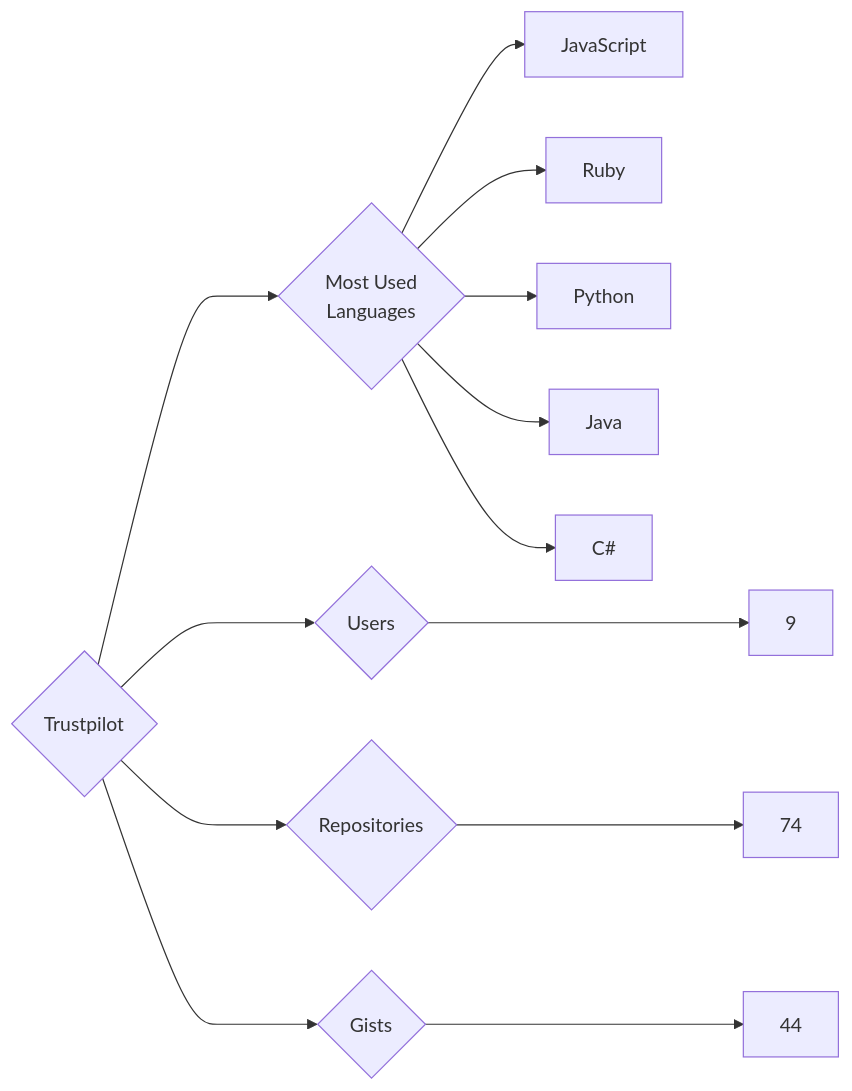
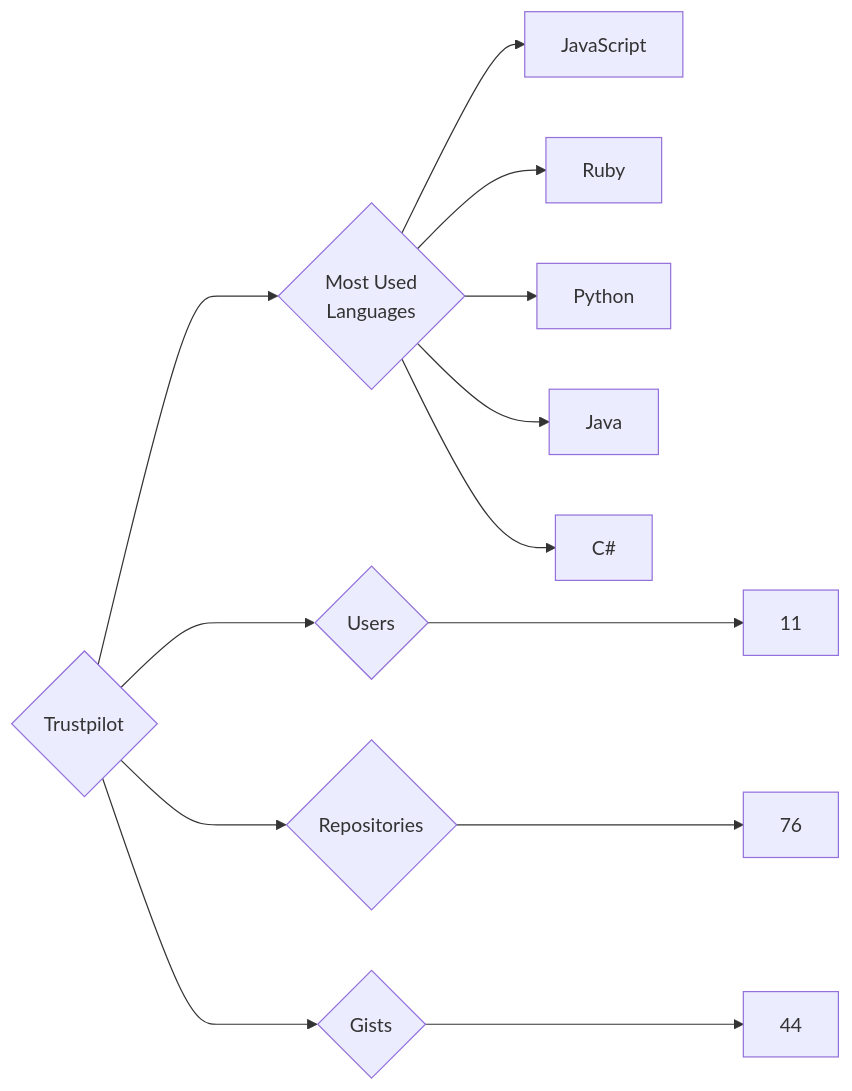
The diagram in targets/Trustpilot/README.md (trickest/insiders), drawn with Mermaid before and after one commit. The commit also changed 939 other files, not shown here.

````diff
--- a/targets/Trustpilot/README.md
+++ b/targets/Trustpilot/README.md
@@ -3,13 +3,13 @@
 ```mermaid
 graph LR
 COMPANY_NAME{Trustpilot}
-COMPANY_NAME ---> U{Users} ---> UN[9]
-COMPANY_NAME ---> R{Repositories} ---> RN[74]
+COMPANY_NAME ---> U{Users} ---> UN[11]
+COMPANY_NAME ---> R{Repositories} ---> RN[76]
 COMPANY_NAME ---> G{Gists} ---> GN[44]
 COMPANY_NAME ---> ML{Most Used<br>Languages}
 ML --> JavaScript[JavaScript]
 ML --> Ruby[Ruby]
 ML --> Python[Python]
 ML --> Java[Java]
 ML --> C#[C#]
 ```
````
